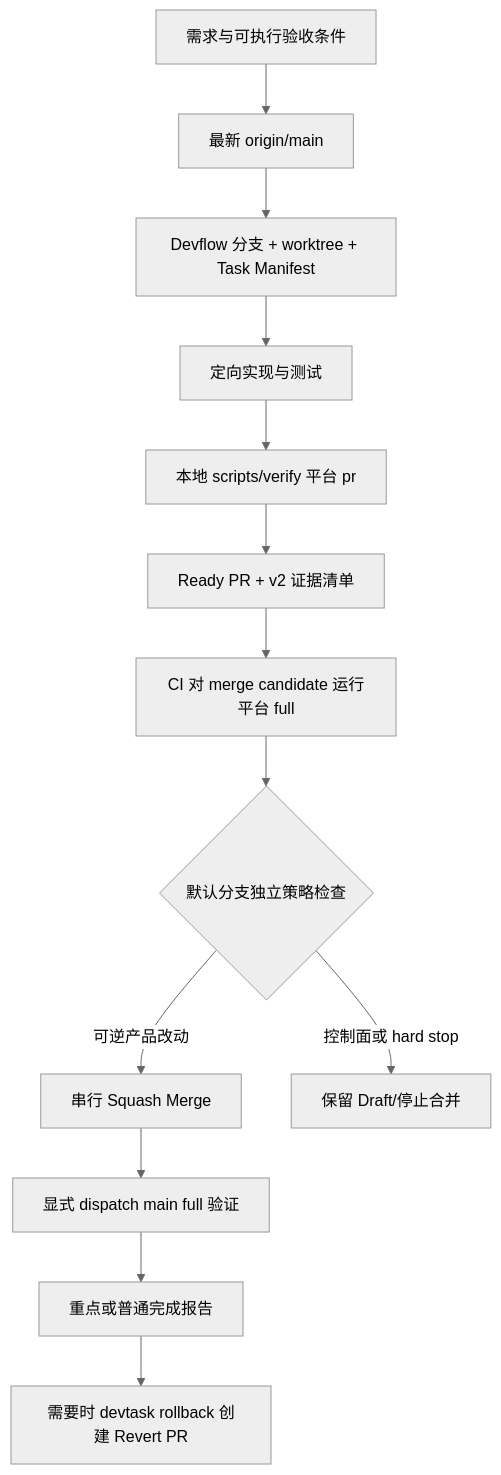
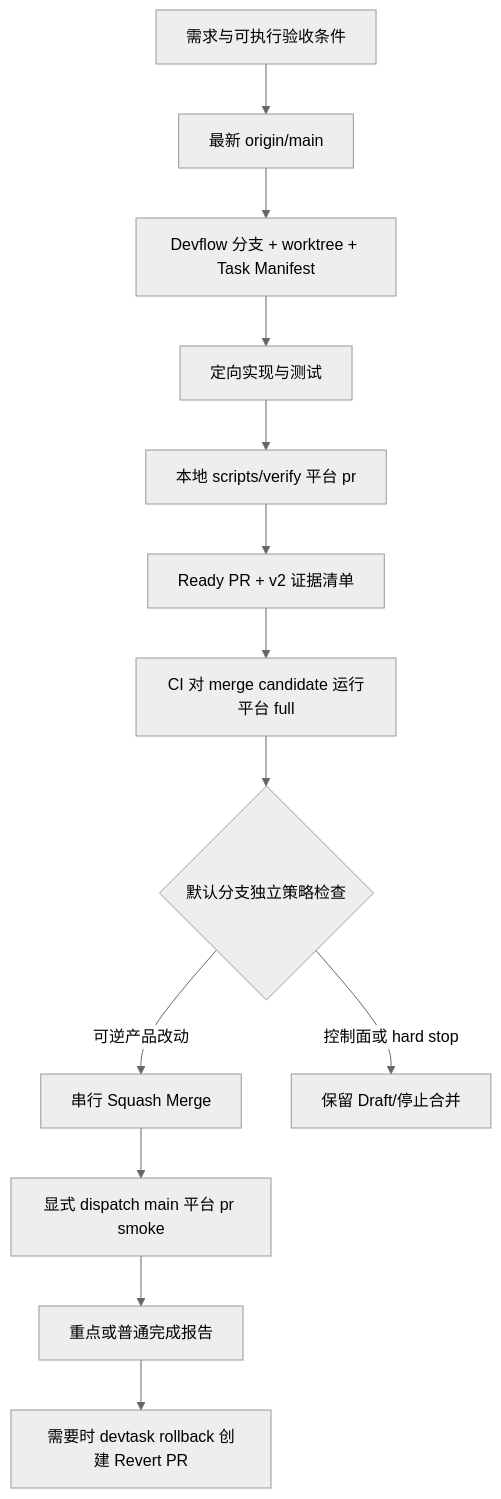
Before and after one commit to Mudsuen/Mudsnote: the diagram in docs/delivery-workflow.md, drawn with Mermaid (neutral theme). The commit also changed other lines of this file and 4 other files, not shown here.

````diff
--- a/docs/delivery-workflow.md
+++ b/docs/delivery-workflow.md
@@ -7,15 +7,15 @@
 ```mermaid
 flowchart TD
     A[需求与可执行验收条件] --> B[最新 origin/main]
     B --> C[Devflow 分支 + worktree + Task Manifest]
     C --> D[定向实现与测试]
     D --> E[本地 scripts/verify 平台 pr]
     E --> F[Ready PR + v2 证据清单]
     F --> G[CI 对 merge candidate 运行平台 full]
     G --> H{默认分支独立策略检查}
     H -->|可逆产品改动| I[串行 Squash Merge]
     H -->|控制面或 hard stop| J[保留 Draft/停止合并]
-    I --> K[显式 dispatch main full 验证]
+    I --> K[显式 dispatch main 平台 pr smoke]
     K --> L[重点或普通完成报告]
     L --> M[需要时 devtask rollback 创建 Revert PR]
 ```
````
